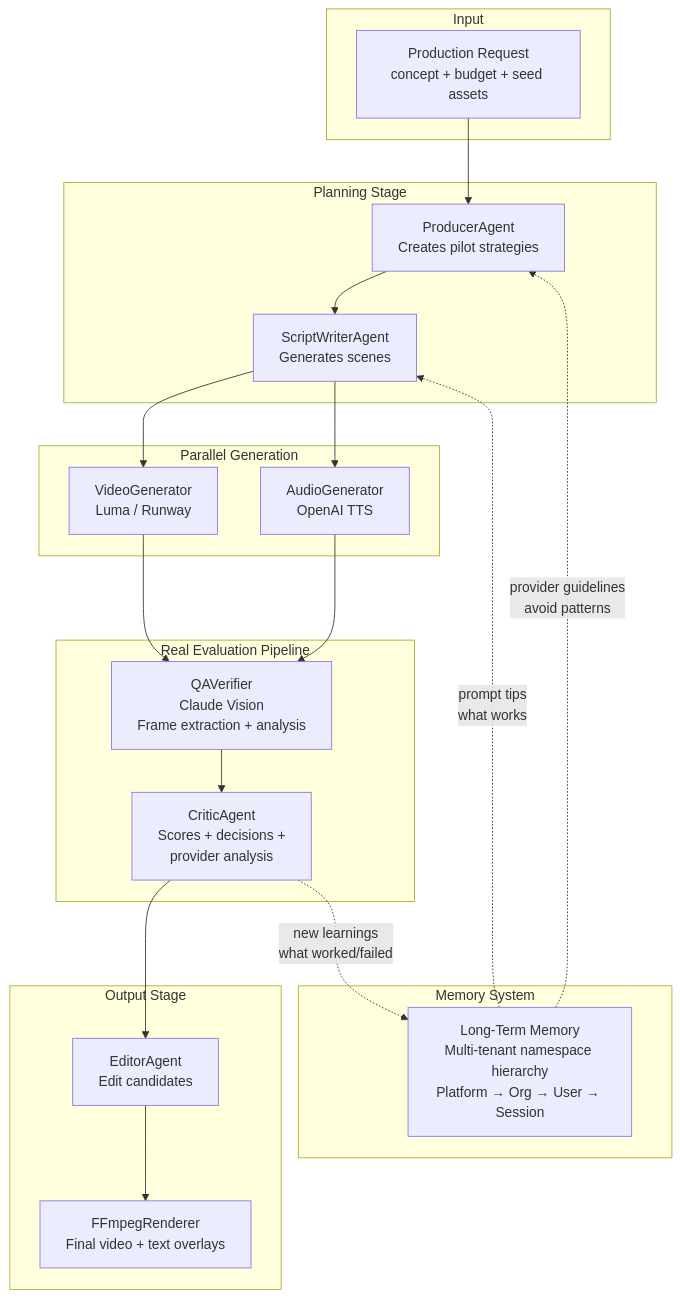
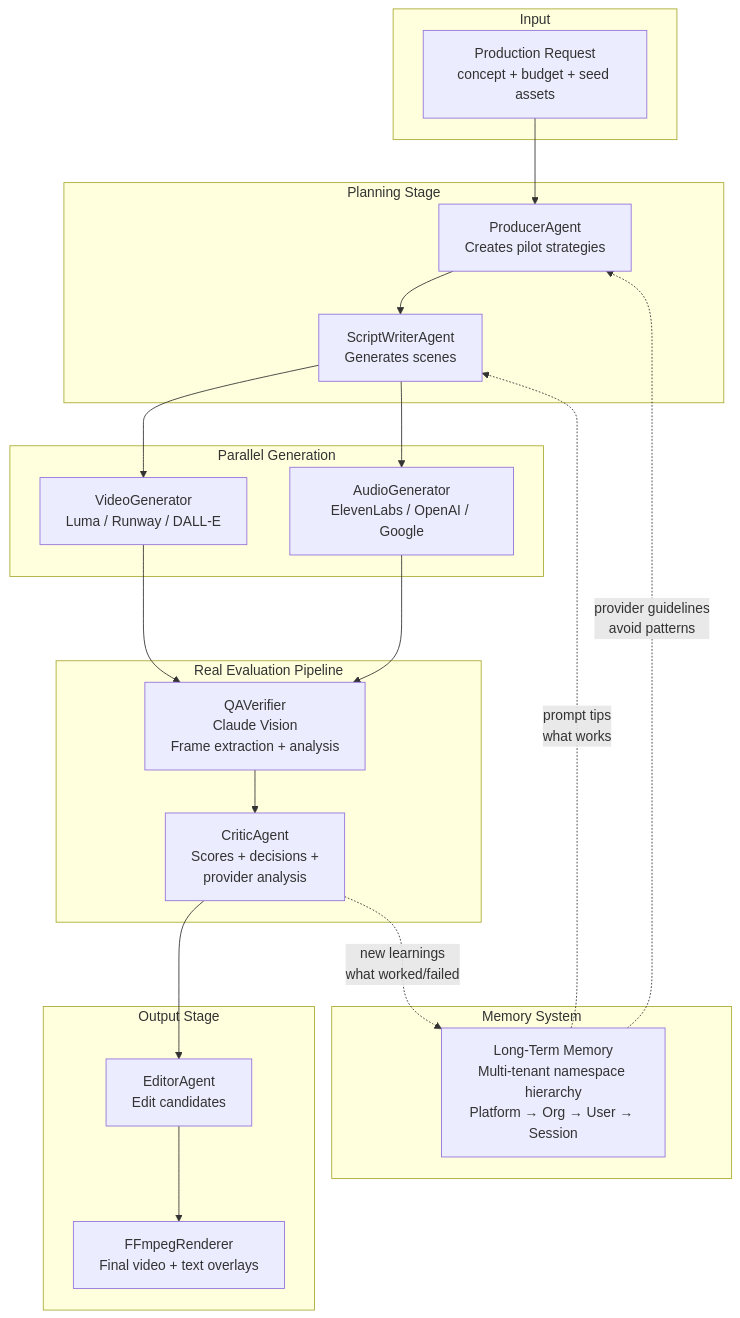
One commit to aaronmarkham/claude-studio-producer changed the first of 2 diagrams in README.md. Above: the diagram before and after it, drawn with Mermaid. The commit also changed other lines of this file, not shown here.

Commit message:
docs: Update roadmap - audio-video sync is completed
Moved audio-video synchronization from Future to Completed.
We now have FFmpeg rendering with speed-match, longest, and shortest fit modes, plus volume control.

````diff
--- a/README.md
+++ b/README.md
@@ -79,44 +80,44 @@
 ```mermaid
 flowchart TB
     subgraph Input["Input"]
         Request["Production Request<br/>concept + budget + seed assets"]
     end
 
     subgraph Memory["Memory System"]
         LTM["Long-Term Memory<br/>Multi-tenant namespace hierarchy<br/>Platform → Org → User → Session"]
     end
 
     subgraph Planning["Planning Stage"]
         Producer["ProducerAgent<br/>Creates pilot strategies"]
         ScriptWriter["ScriptWriterAgent<br/>Generates scenes"]
     end
 
     subgraph Generation["Parallel Generation"]
-        Video["VideoGenerator<br/>Luma / Runway"]
-        Audio["AudioGenerator<br/>OpenAI TTS"]
+        Video["VideoGenerator<br/>Luma / Runway / DALL-E"]
+        Audio["AudioGenerator<br/>ElevenLabs / OpenAI / Google"]
     end
 
     subgraph Evaluation["Real Evaluation Pipeline"]
         QA["QAVerifier<br/>Claude Vision<br/>Frame extraction + analysis"]
         Critic["CriticAgent<br/>Scores + decisions +<br/>provider analysis"]
     end
 
     subgraph Output["Output Stage"]
         Editor["EditorAgent<br/>Edit candidates"]
         Renderer["FFmpegRenderer<br/>Final video + text overlays"]
     end
 
     Request --> Producer
     Producer --> ScriptWriter
     ScriptWriter --> Video
     ScriptWriter --> Audio
     Video --> QA
     Audio --> QA
     QA --> Critic
     Critic --> Editor
     Editor --> Renderer
 
     LTM -.->|"provider guidelines<br/>avoid patterns"| Producer
     LTM -.->|"prompt tips<br/>what works"| ScriptWriter
     Critic -.->|"new learnings<br/>what worked/failed"| LTM
 ```
````
